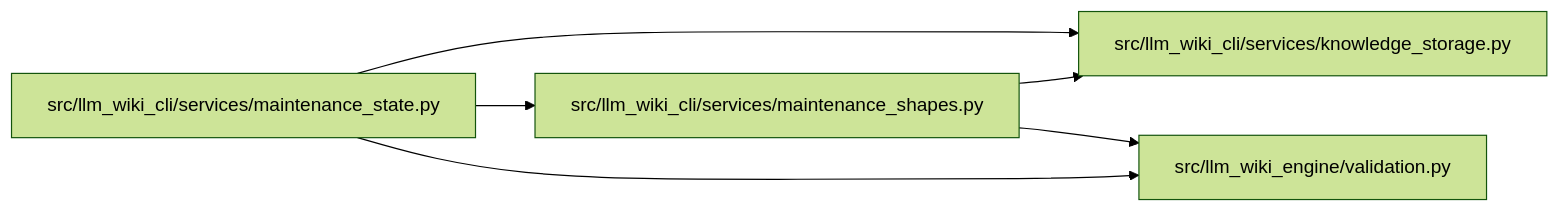
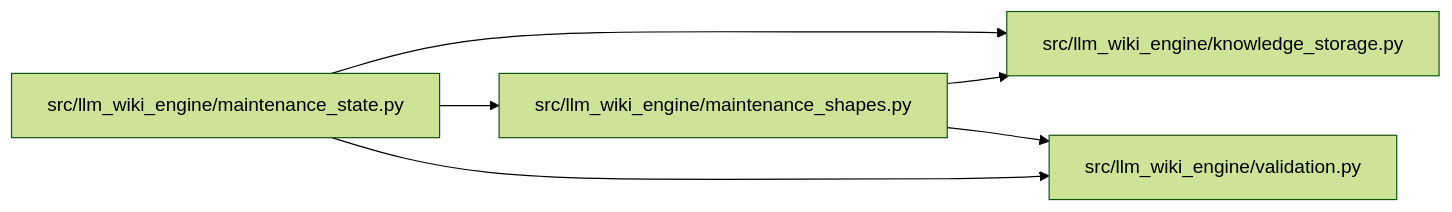
One commit to Denissvgn/python-wiki-llm changed the diagram in docs/llm_wiki/modules/maintenance_shapes.md. Above: the diagram before and after it, drawn with Mermaid (forest theme). The commit also changed other lines of this file and 1058 other files, not shown here.

First line of the commit message:
docs: refresh the wiki for the knowledge store move

````diff
--- a/docs/llm_wiki/modules/maintenance_shapes.md
+++ b/docs/llm_wiki/modules/maintenance_shapes.md
@@ -21,16 +21,16 @@
 ```mermaid
 flowchart LR
-    n0["src/llm_wiki_cli/services/knowledge_storage.py"]
-    n1["src/llm_wiki_cli/services/maintenance_shapes.py"]
-    n2["src/llm_wiki_cli/services/maintenance_state.py"]
+    n0["src/llm_wiki_engine/knowledge_storage.py"]
+    n1["src/llm_wiki_engine/maintenance_shapes.py"]
+    n2["src/llm_wiki_engine/maintenance_state.py"]
     n3["src/llm_wiki_engine/validation.py"]
     n1 --> n0
     n1 --> n3
     n2 --> n0
     n2 --> n1
     n2 --> n3
     click n0 "../modules/knowledge_storage.md"
     click n1 "../modules/maintenance_shapes.md"
     click n2 "../modules/maintenance_state.md"
     click n3 "../modules/validation.md"
 ```
````
